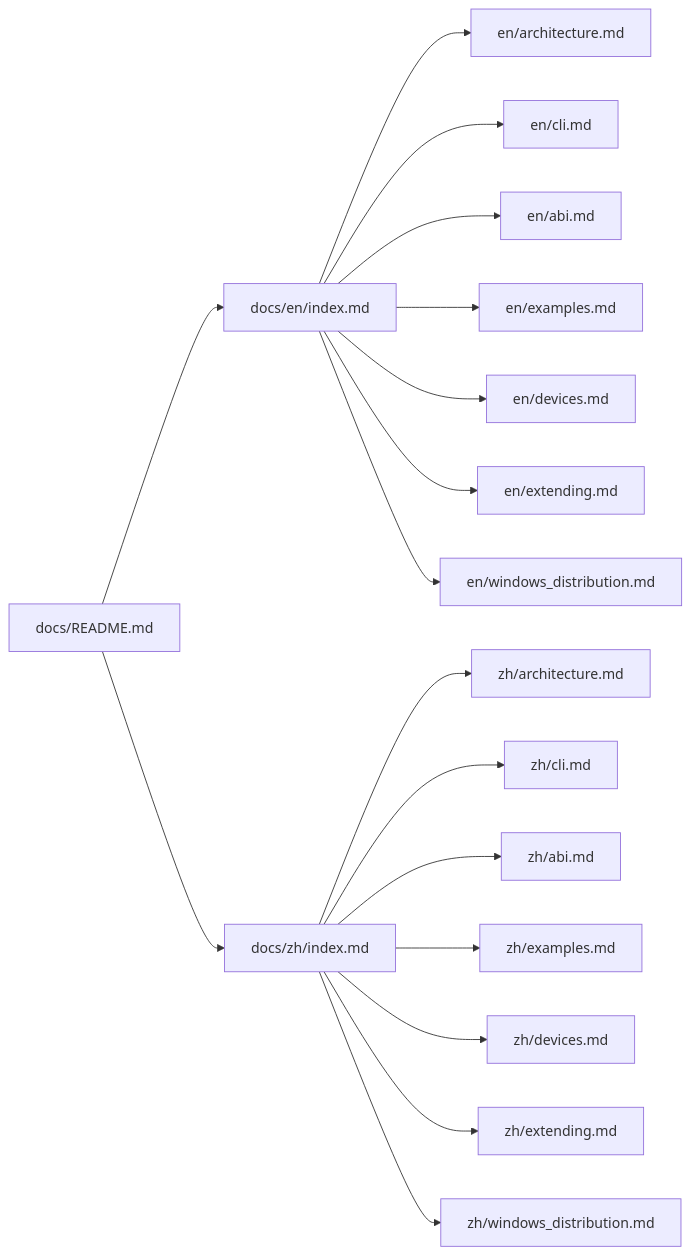
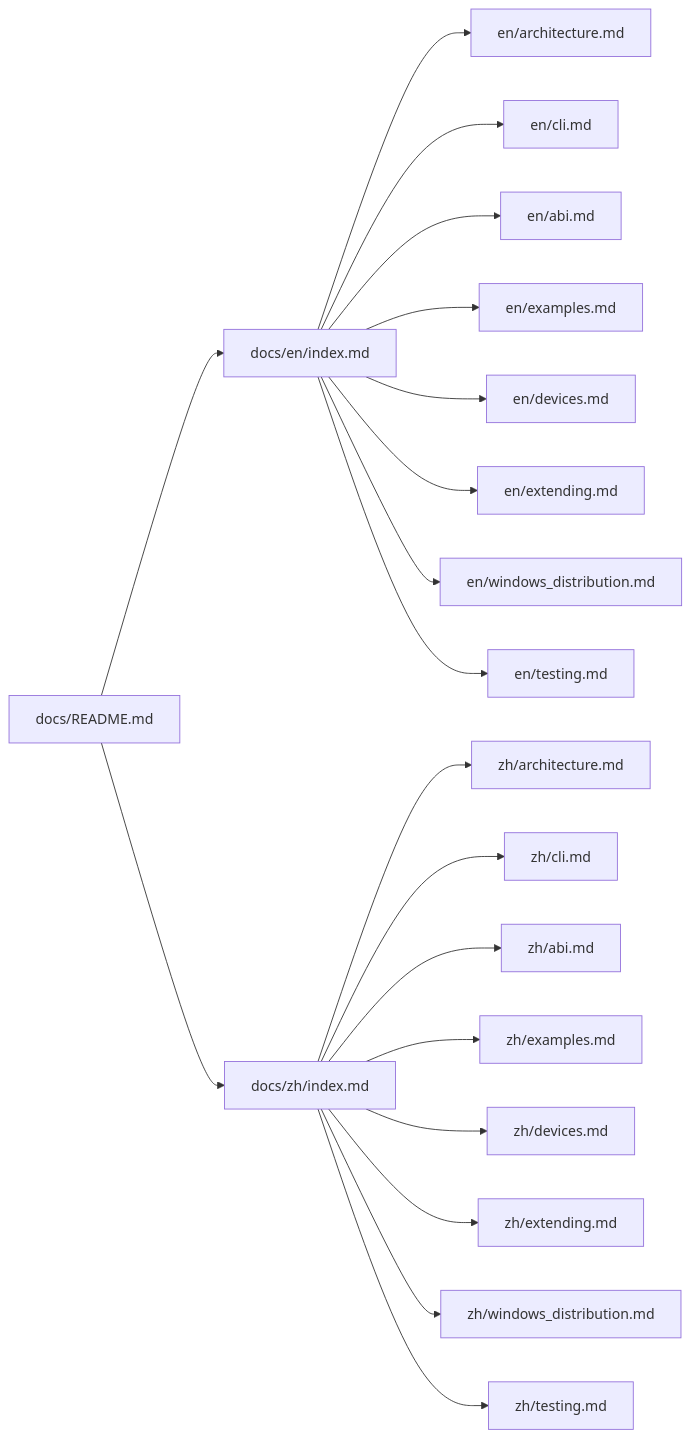
Before and after one commit to tianrking/motorbridge: the diagram in docs/README.md, drawn with Mermaid. The commit also changed other lines of this file and 9 other files, not shown here.

````diff
--- a/docs/README.md
+++ b/docs/README.md
@@ -10,19 +10,21 @@
 ```mermaid
 flowchart LR
   HUB["docs/README.md"] --> EN["docs/en/index.md"]
   HUB --> ZH["docs/zh/index.md"]
   EN --> EN_ARCH["en/architecture.md"]
   EN --> EN_CLI["en/cli.md"]
   EN --> EN_ABI["en/abi.md"]
   EN --> EN_EX["en/examples.md"]
   EN --> EN_DEV["en/devices.md"]
   EN --> EN_EXT["en/extending.md"]
   EN --> EN_WIN["en/windows_distribution.md"]
+  EN --> EN_TST["en/testing.md"]
   ZH --> ZH_ARCH["zh/architecture.md"]
   ZH --> ZH_CLI["zh/cli.md"]
   ZH --> ZH_ABI["zh/abi.md"]
   ZH --> ZH_EX["zh/examples.md"]
   ZH --> ZH_DEV["zh/devices.md"]
   ZH --> ZH_EXT["zh/extending.md"]
   ZH --> ZH_WIN["zh/windows_distribution.md"]
+  ZH --> ZH_TST["zh/testing.md"]
 ```
````
